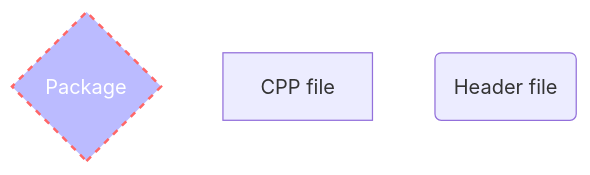
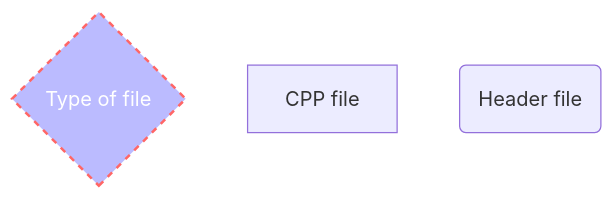
Before and after one commit to zildogga/KNN-and-Sockets: the first of 2 diagrams in README.md, drawn with Mermaid. The commit also changed other lines of this file, not shown here.

````diff
--- a/README.md
+++ b/README.md
@@ -99,7 +110,7 @@
 ```mermaid
 flowchart
-id5{Package}
+id5{Type of file}
 CPP[CPP file]
 Header(Header file)
 style id5 fill:#bbf,stroke:#f66,stroke-width:2px,color:#fff,stroke-dasharray: 5 5
 ```
````
